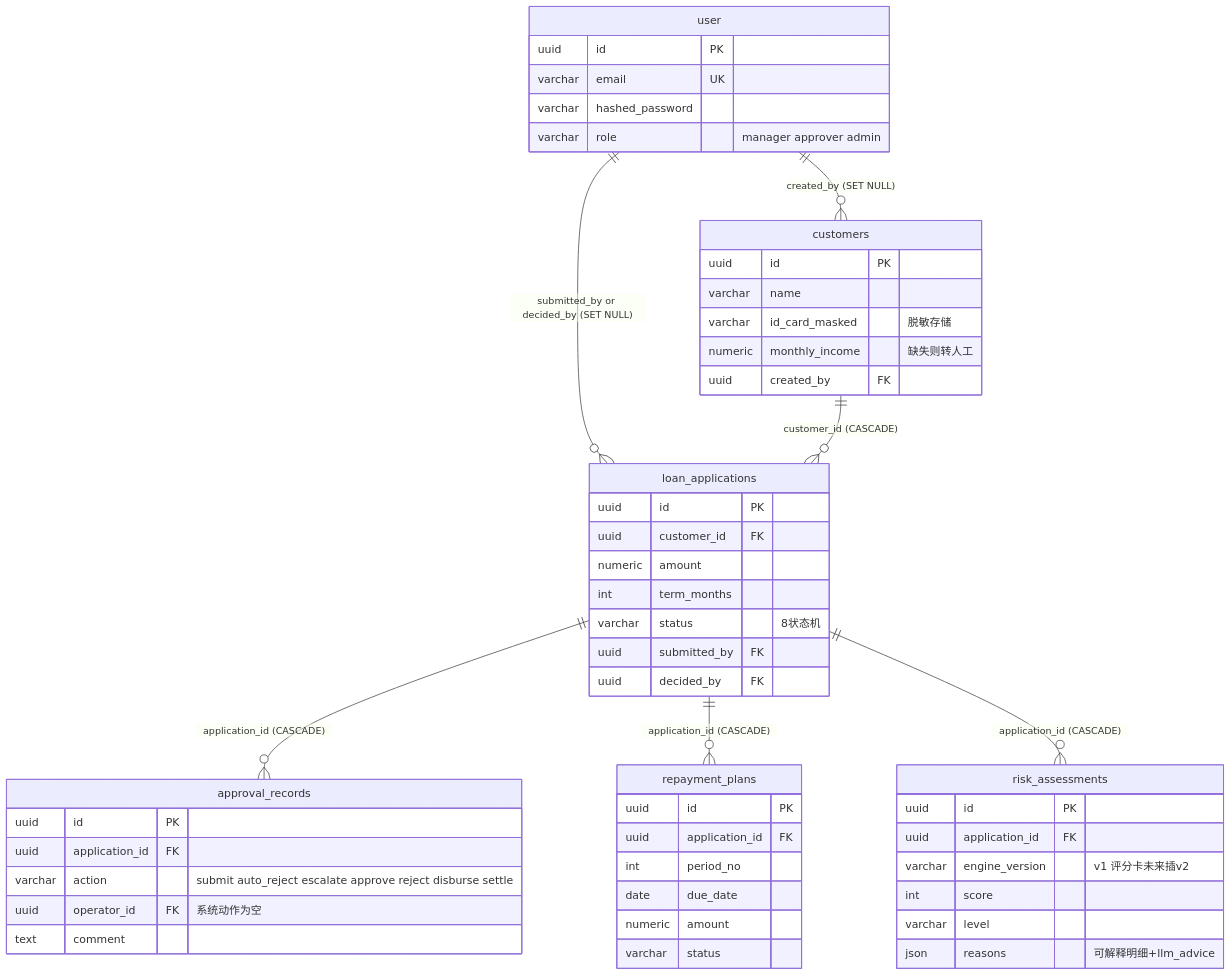
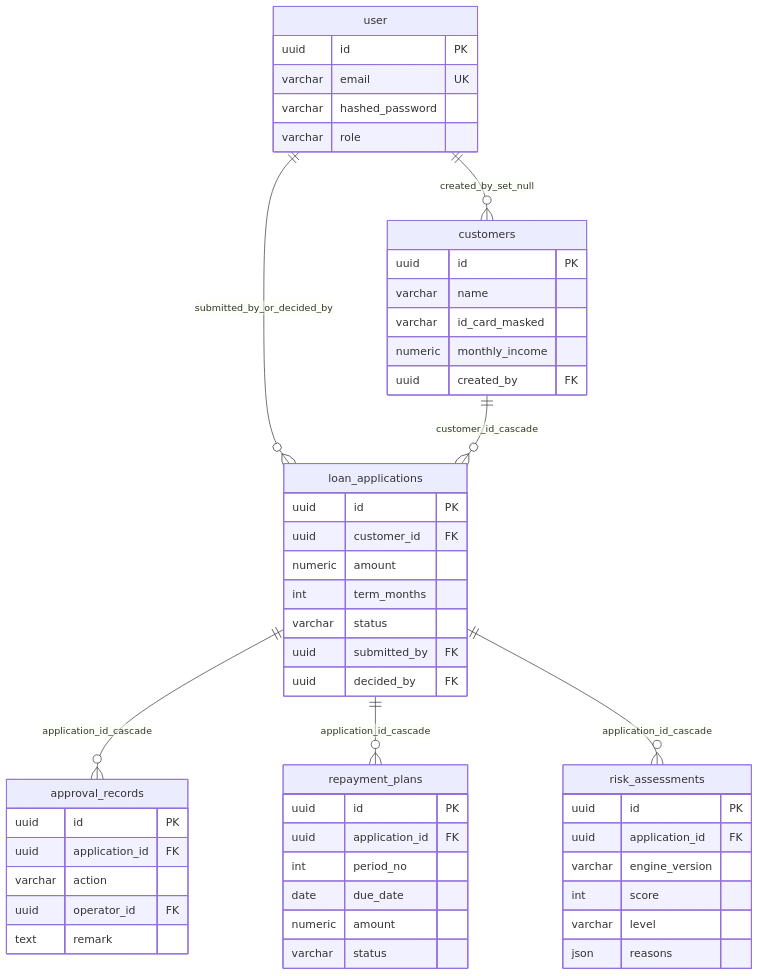
One commit to jasmine-crate/credit-approval-system changed the second of 3 diagrams in README.md. Above: the diagram before and after it, drawn with Mermaid. The commit also changed other lines of this file, not shown here.

Commit message:
docs: simplify mermaid diagrams for GitHub renderer compatibility
Drop br tags, pipe-quoted edge labels, and ER attribute comments that
trip GitHub's client-side mermaid (server-side kroki rendered them fine)

````diff
--- a/README.md
+++ b/README.md
@@ -44,55 +44,55 @@
 ```mermaid
 erDiagram
-    user ||--o{ customers : "created_by (SET NULL)"
-    user ||--o{ loan_applications : "submitted_by or decided_by (SET NULL)"
-    customers ||--o{ loan_applications : "customer_id (CASCADE)"
-    loan_applications ||--o{ approval_records : "application_id (CASCADE)"
-    loan_applications ||--o{ repayment_plans : "application_id (CASCADE)"
-    loan_applications ||--o{ risk_assessments : "application_id (CASCADE)"
+    user ||--o{ customers : created_by_set_null
+    user ||--o{ loan_applications : submitted_by_or_decided_by
+    customers ||--o{ loan_applications : customer_id_cascade
+    loan_applications ||--o{ approval_records : application_id_cascade
+    loan_applications ||--o{ repayment_plans : application_id_cascade
+    loan_applications ||--o{ risk_assessments : application_id_cascade
 
     user {
         uuid id PK
         varchar email UK
         varchar hashed_password
-        varchar role "manager approver admin"
+        varchar role
     }
     customers {
         uuid id PK
         varchar name
-        varchar id_card_masked "脱敏存储"
-        numeric monthly_income "缺失则转人工"
+        varchar id_card_masked
+        numeric monthly_income
         uuid created_by FK
     }
     loan_applications {
         uuid id PK
         uuid customer_id FK
         numeric amount
         int term_months
-        varchar status "8状态机"
+        varchar status
         uuid submitted_by FK
         uuid decided_by FK
     }
     approval_records {
         uuid id PK
         uuid application_id FK
-        varchar action "submit auto_reject escalate approve reject disburse settle"
-        uuid operator_id FK "系统动作为空"
-        text comment
+        varchar action
+        uuid operator_id FK
+        text remark
     }
     repayment_plans {
         uuid id PK
         uuid application_id FK
         int period_no
         date due_date
         numeric amount
         varchar status
     }
     risk_assessments {
         uuid id PK
         uuid application_id FK
-        varchar engine_version "v1 评分卡未来插v2"
+        varchar engine_version
         int score
         varchar level
-        json reasons "可解释明细+llm_advice"
+        json reasons
     }
 ```
````
